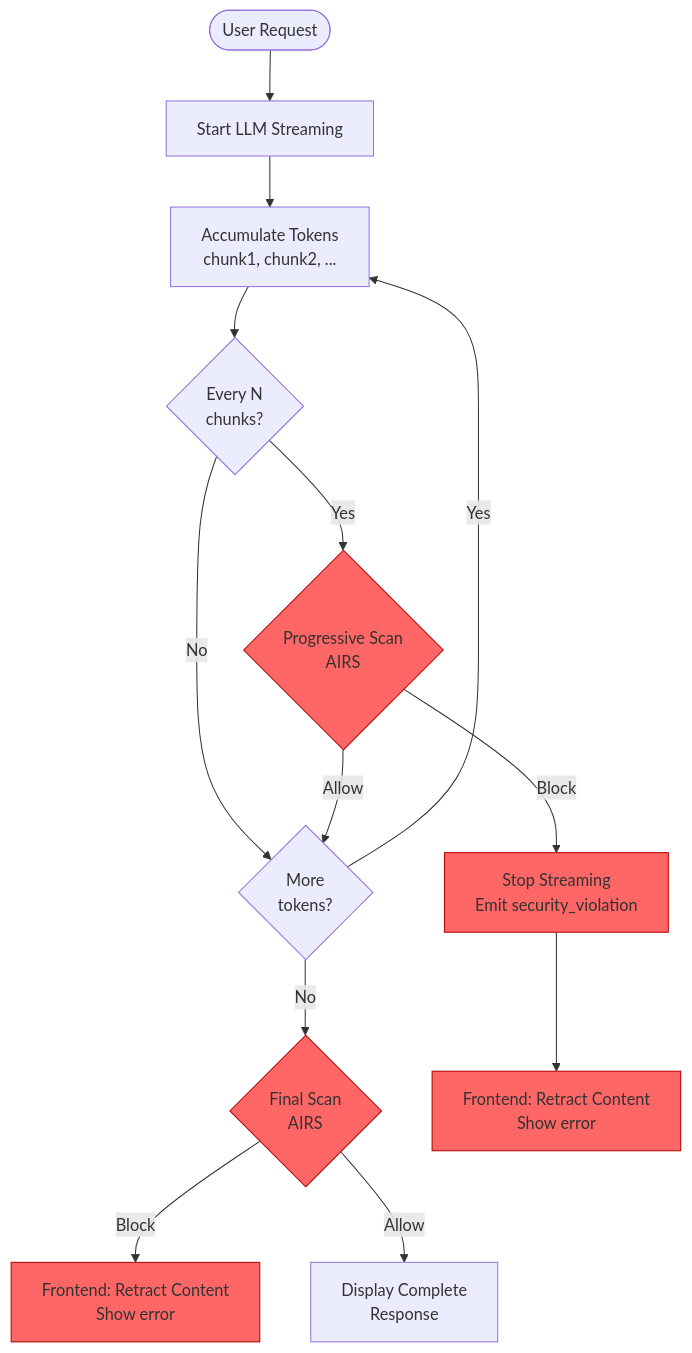
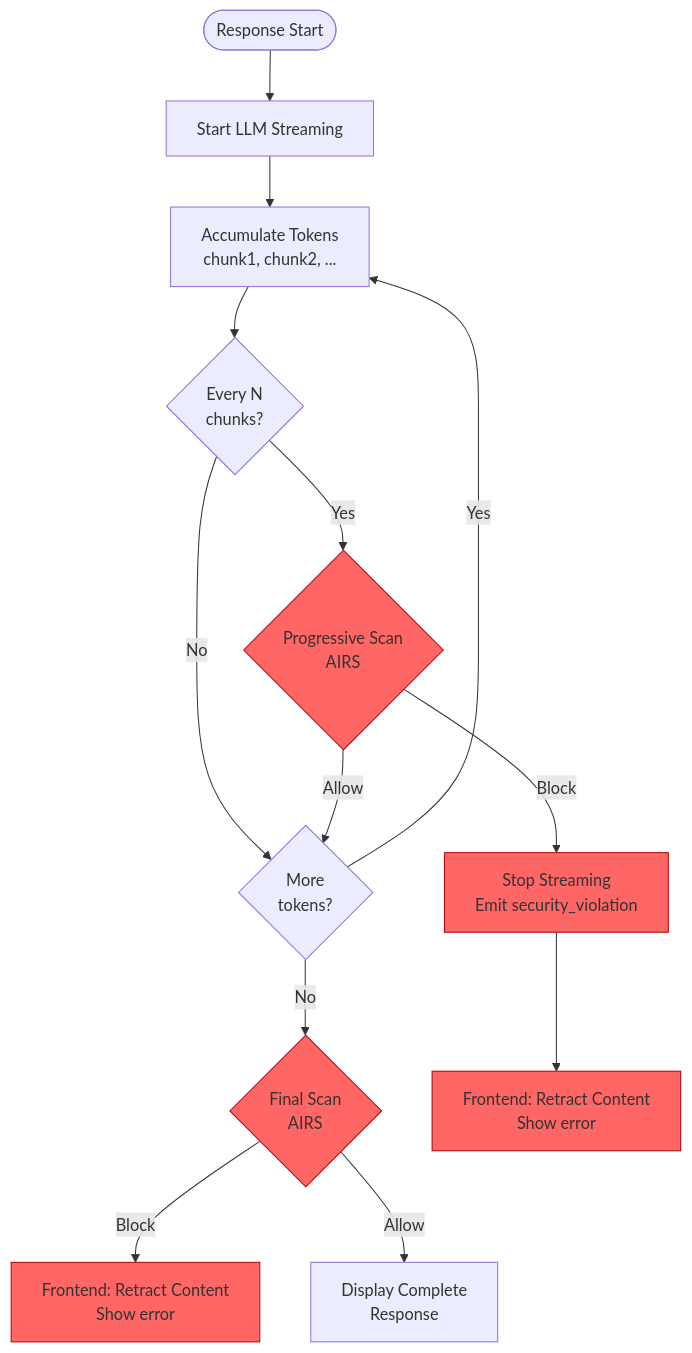
Before and after one commit to leonhanl/vitos-pizza-cafe: the second of 4 diagrams in design/GENERIC_STREAMING_AIRS_PROTECTION.md, drawn with Mermaid. The commit also changed other lines of this file, not shown here.

````diff
--- a/design/GENERIC_STREAMING_AIRS_PROTECTION.md
+++ b/design/GENERIC_STREAMING_AIRS_PROTECTION.md
@@ -107,27 +106,27 @@
 ```mermaid
 graph TD
-    Start([User Request]) --> StreamStart[Start LLM Streaming]
+    Start([Response Start]) --> StreamStart[Start LLM Streaming]
 
     StreamStart --> Accumulate[Accumulate Tokens<br/>chunk1, chunk2, ...]
 
     Accumulate --> CheckInterval{Every N<br/>chunks?}
     CheckInterval -->|No| MoreTokens{More<br/>tokens?}
     CheckInterval -->|Yes| ProgressiveScan{Progressive Scan<br/>AIRS}
 
     ProgressiveScan -->|Block| StopStream[Stop Streaming<br/>Emit security_violation]
     ProgressiveScan -->|Allow| MoreTokens
 
     MoreTokens -->|Yes| Accumulate
     MoreTokens -->|No| FinalScan{Final Scan<br/>AIRS}
 
     FinalScan -->|Block| Retract[Frontend: Retract Content<br/>Show error]
     FinalScan -->|Allow| Display[Display Complete<br/>Response]
 
     StopStream --> RetractMid[Frontend: Retract Content<br/>Show error]
 
     style ProgressiveScan fill:#ff6666,stroke:#b30000,stroke-width:1px
     style FinalScan fill:#ff6666,stroke:#b30000,stroke-width:1px
     style StopStream fill:#ff6666,stroke:#b30000,stroke-width:1px
     style Retract fill:#ff6666,stroke:#b30000,stroke-width:1px
     style RetractMid fill:#ff6666,stroke:#b30000,stroke-width:1px
 ```
````
